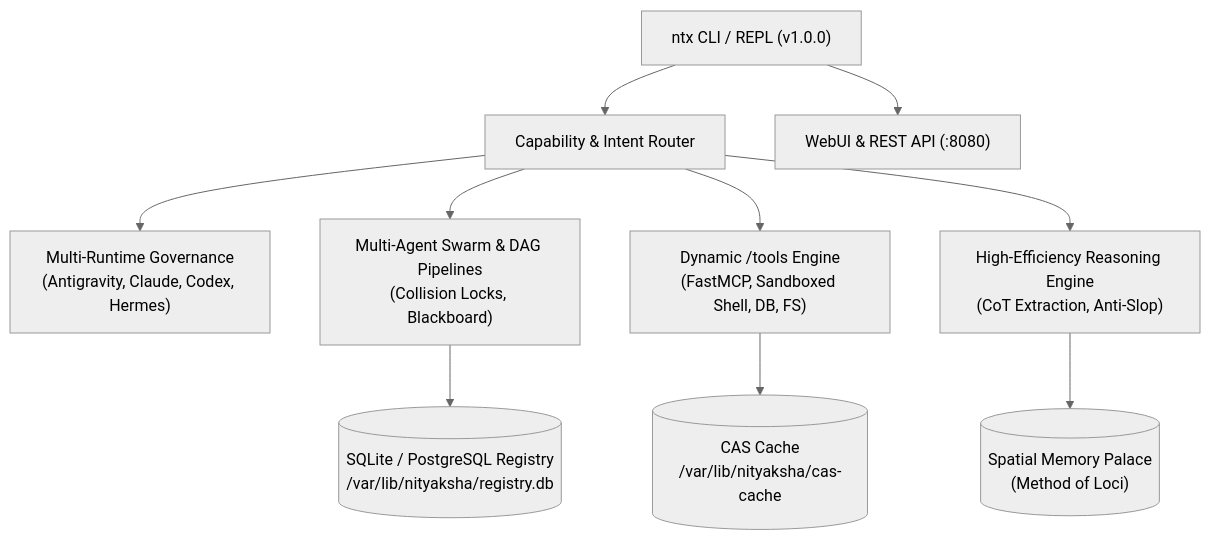
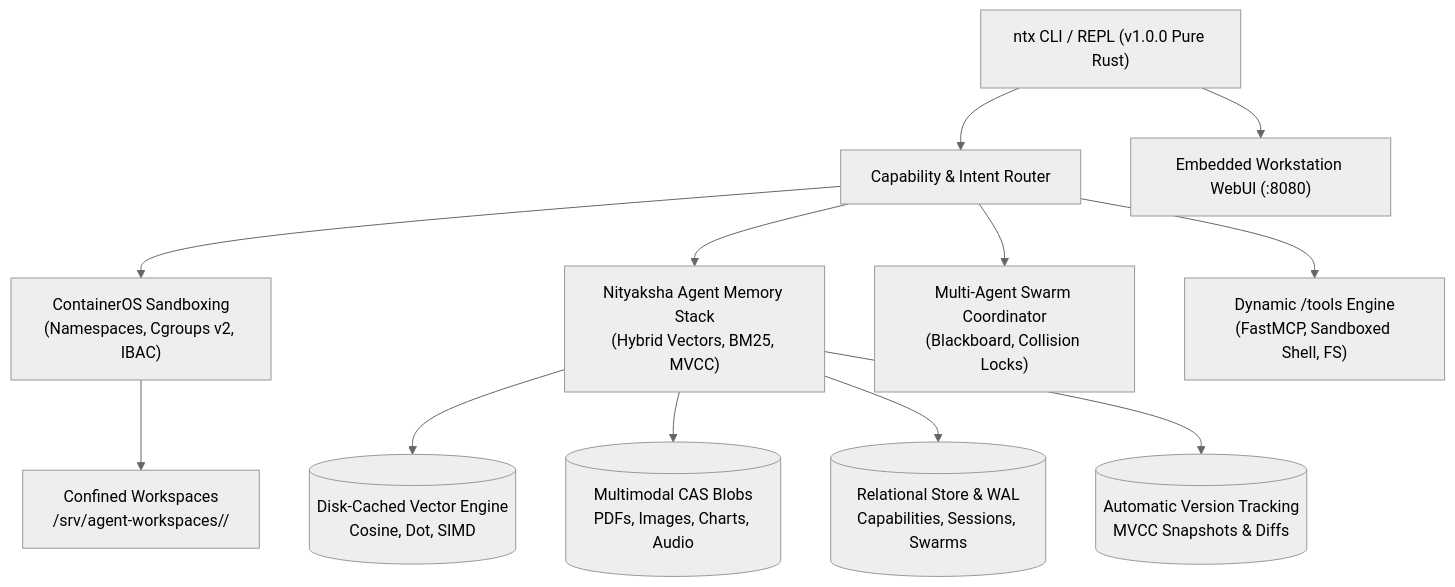
The diagram in README.md (simhaonline/ntx), drawn with Mermaid (neutral theme) before and after one commit. The commit also changed other lines of this file and 1 other file, not shown here.

Commit message:
feat: complete pure Rust conversion of ntx with ContainerOS sandbox & Agent Memory Stack

````diff
--- a/README.md
+++ b/README.md
@@ -24,14 +37,17 @@
 ```mermaid
 flowchart TD
-    CLI["ntx CLI / REPL (v1.0.0)"] --> Router["Capability & Intent Router"]
-    CLI --> WebUI["WebUI & REST API (:8080)"]
+    CLI["ntx CLI / REPL (v1.0.0 Pure Rust)"] --> Router["Capability & Intent Router"]
+    CLI --> WebUI["Embedded Workstation WebUI (:8080)"]
     
-    Router --> RuntimeGov["Multi-Runtime Governance<br/>(Antigravity, Claude, Codex, Hermes)"]
-    Router --> SwarmEngine["Multi-Agent Swarm & DAG Pipelines<br/>(Collision Locks, Blackboard)"]
-    Router --> ToolsEngine["Dynamic /tools Engine<br/>(FastMCP, Sandboxed Shell, DB, FS)"]
-    Router --> ReasoningEngine["High-Efficiency Reasoning Engine<br/>(CoT Extraction, Anti-Slop)"]
+    Router --> SandboxEngine["ContainerOS Sandboxing<br/>(Namespaces, Cgroups v2, IBAC)"]
+    Router --> MemoryStack["Nityaksha Agent Memory Stack<br/>(Hybrid Vectors, BM25, MVCC)"]
+    Router --> SwarmEngine["Multi-Agent Swarm Coordinator<br/>(Blackboard, Collision Locks)"]
+    Router --> ToolsEngine["Dynamic /tools Engine<br/>(FastMCP, Sandboxed Shell, FS)"]
     
-    SwarmEngine --> StorageSoT[("SQLite / PostgreSQL Registry<br/>/var/lib/nityaksha/registry.db")]
-    ToolsEngine --> CASCache[("CAS Cache<br/>/var/lib/nityaksha/cas-cache")]
-    ReasoningEngine --> SpatialMemory[("Spatial Memory Palace<br/>(Method of Loci)")]
+    MemoryStack --> VectorDB[("Disk-Cached Vector Engine<br/>Cosine, Dot, SIMD")]
+    MemoryStack --> MultimodalCAS[("Multimodal CAS Blobs<br/>PDFs, Images, Charts, Audio")]
+    MemoryStack --> RelationalWAL[("Relational Store & WAL<br/>Capabilities, Sessions, Swarms")]
+    MemoryStack --> VersionEngine[("Automatic Version Tracking<br/>MVCC Snapshots & Diffs")]
+    
+    SandboxEngine --> Workspaces["Confined Workspaces<br/>/srv/agent-workspaces/<ns>/<id>"]
 ```
````
